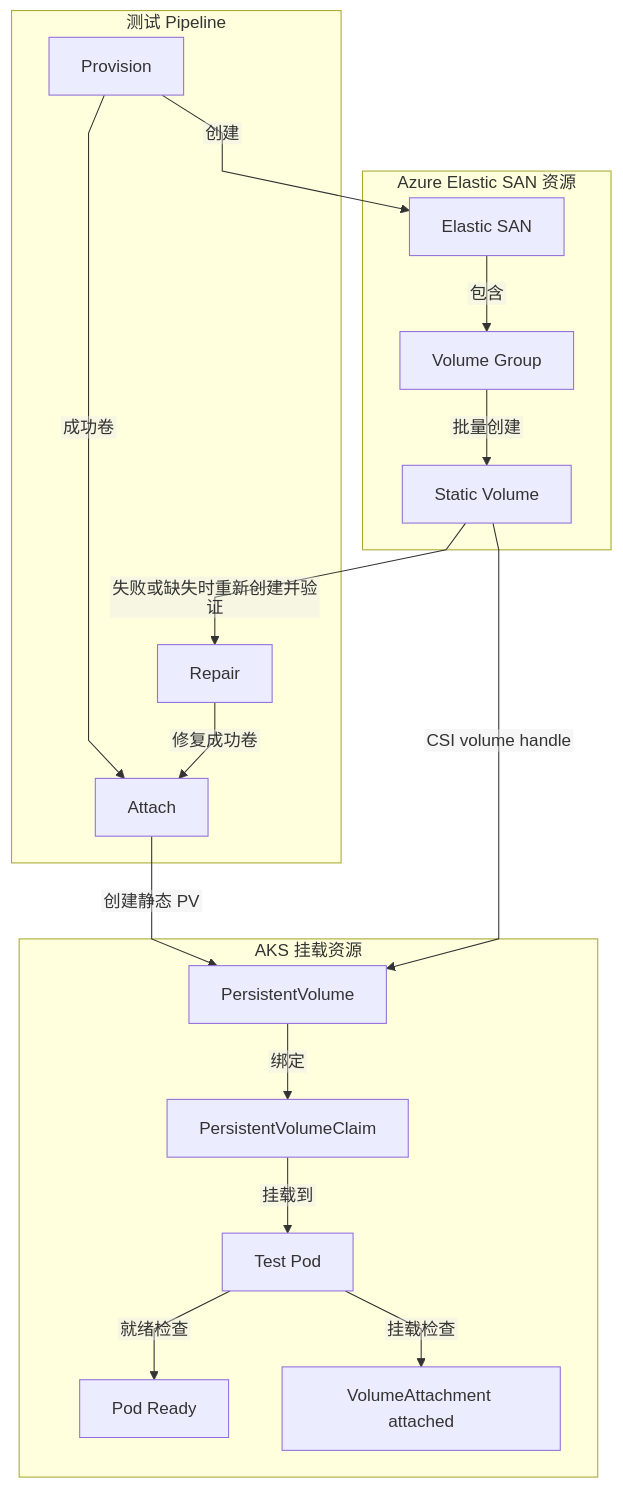
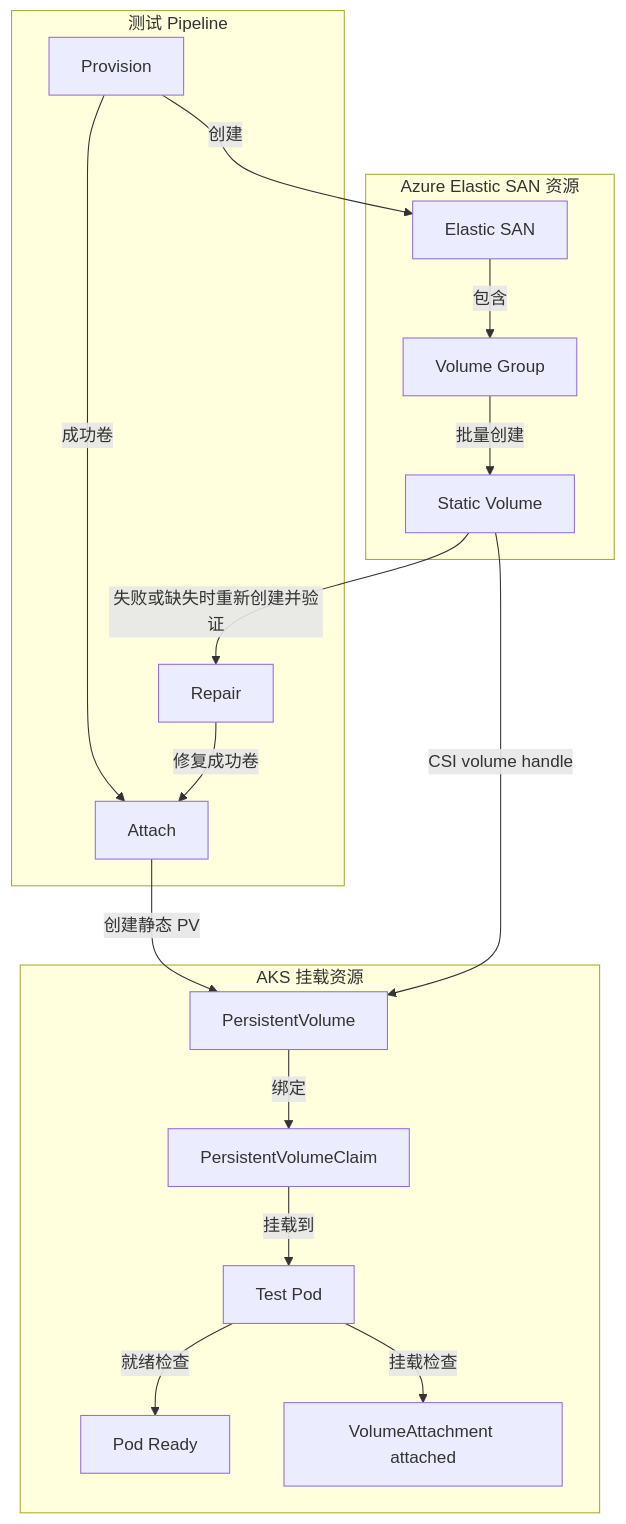
Before and after one commit to oxcp/ainotes: the diagram in test-report/AKS+ESAN-AIAgent-benchmark-report-cn.md, drawn with Mermaid. The commit also changed other lines of this file and 1 other file, not shown here.

````diff
--- a/test-report/AKS+ESAN-AIAgent-benchmark-report-cn.md
+++ b/test-report/AKS+ESAN-AIAgent-benchmark-report-cn.md
@@ -122,48 +122,33 @@
 ```mermaid
-%%{init: {
-  "theme": "default",
-  "flowchart": {
-    "defaultRenderer": "dagre",
-    "htmlLabels": false,
-    "curve": "linear",
-    "nodeSpacing": 50,
-    "rankSpacing": 50,
-    "useMaxWidth": true
-  },
-  "themeVariables": {
-    "fontFamily": "Arial, sans-serif",
-    "fontSize": "16px"
-  }
-}}%%
 flowchart TD
     subgraph PipelineFlow["测试 Pipeline"]
         ProvisionStage["Provision"]
         RepairStage["Repair"]
         AttachStage["Attach"]
     end
     subgraph AzureResources["Azure Elastic SAN 资源"]
         SanResource["Elastic SAN"]
         VgResource["Volume Group"]
         VolumeResource["Static Volume"]
     end
     subgraph AksResources["AKS 挂载资源"]
         PvResource["PersistentVolume"]
         PvcResource["PersistentVolumeClaim"]
         PodResource["Test Pod"]
         PodReadyCheck["Pod Ready"]
         AttachmentCheck["VolumeAttachment attached"]
     end
 
     ProvisionStage -->|"创建"| SanResource
     SanResource -->|"包含"| VgResource
     VgResource -->|"批量创建"| VolumeResource
     VolumeResource -->|"失败或缺失时重新创建并验证"| RepairStage
     ProvisionStage -->|"成功卷"| AttachStage
     RepairStage -->|"修复成功卷"| AttachStage
     AttachStage -->|"创建静态 PV"| PvResource
     VolumeResource -->|"CSI volume handle"| PvResource
     PvResource -->|"绑定"| PvcResource
     PvcResource -->|"挂载到"| PodResource
     PodResource -->|"就绪检查"| PodReadyCheck
     PodResource -->|"挂载检查"| AttachmentCheck
 ```
````
